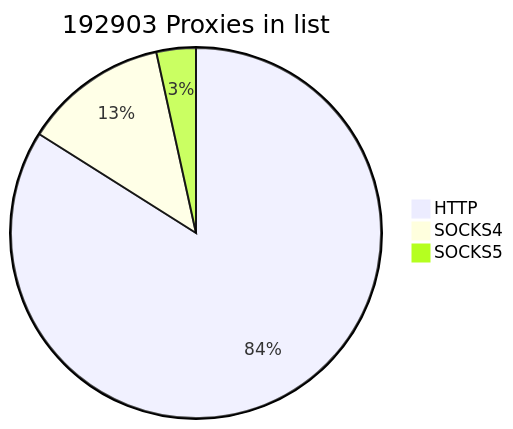
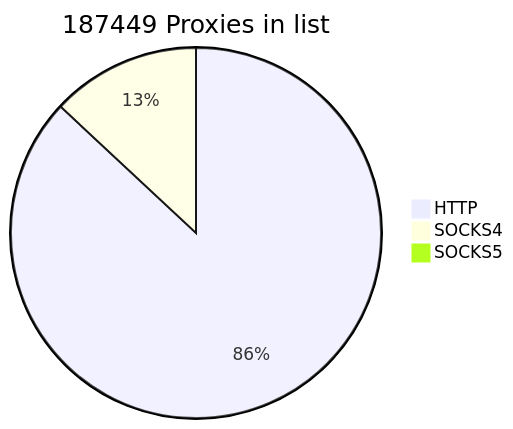
One commit to cutipu/proxylist changed the first of 2 diagrams in README.md. Above: the diagram before and after it, drawn with Mermaid. The commit also changed other lines of this file, not shown here.

````diff
--- a/README.md
+++ b/README.md
@@ -2,7 +2,7 @@
 ```mermaid
-pie title 192903 Proxies in list
+pie title 187449 Proxies in list
     "HTTP" : 161962
-    "SOCKS4" : 24300
-    "SOCKS5" : 6641
+    "SOCKS4" : 24301
+    "SOCKS5" : 1186
             
 ```
````
